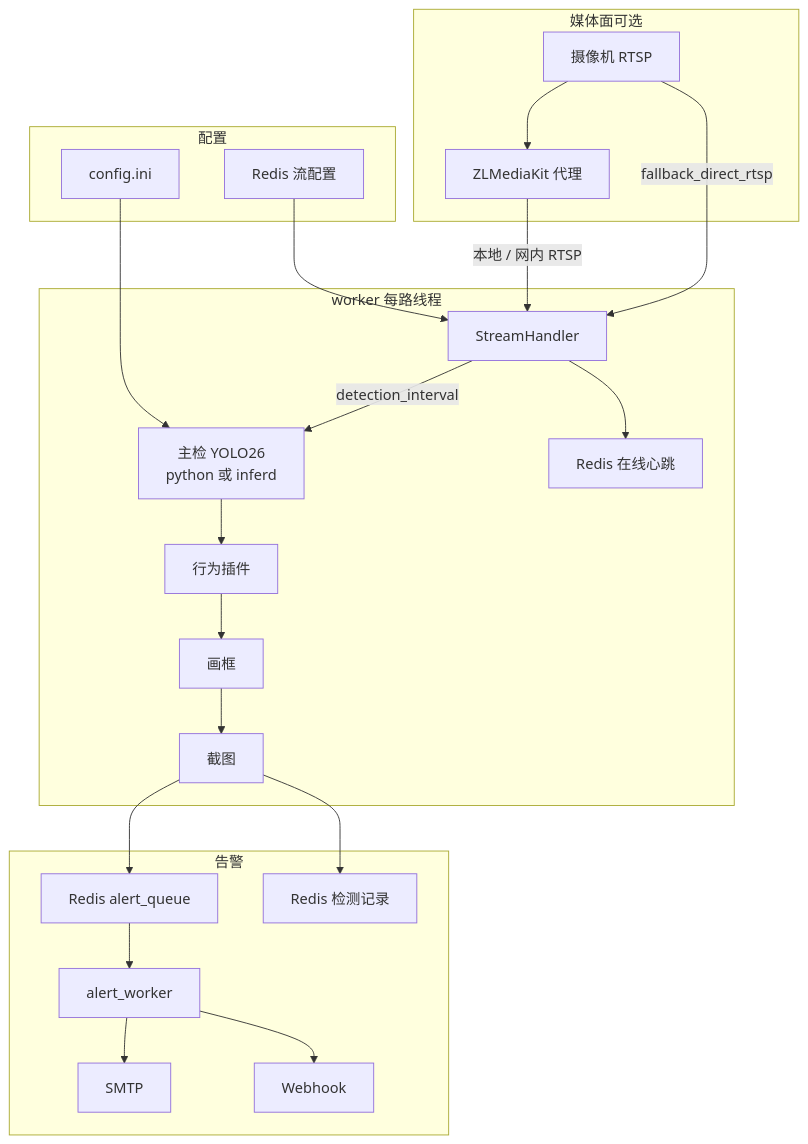
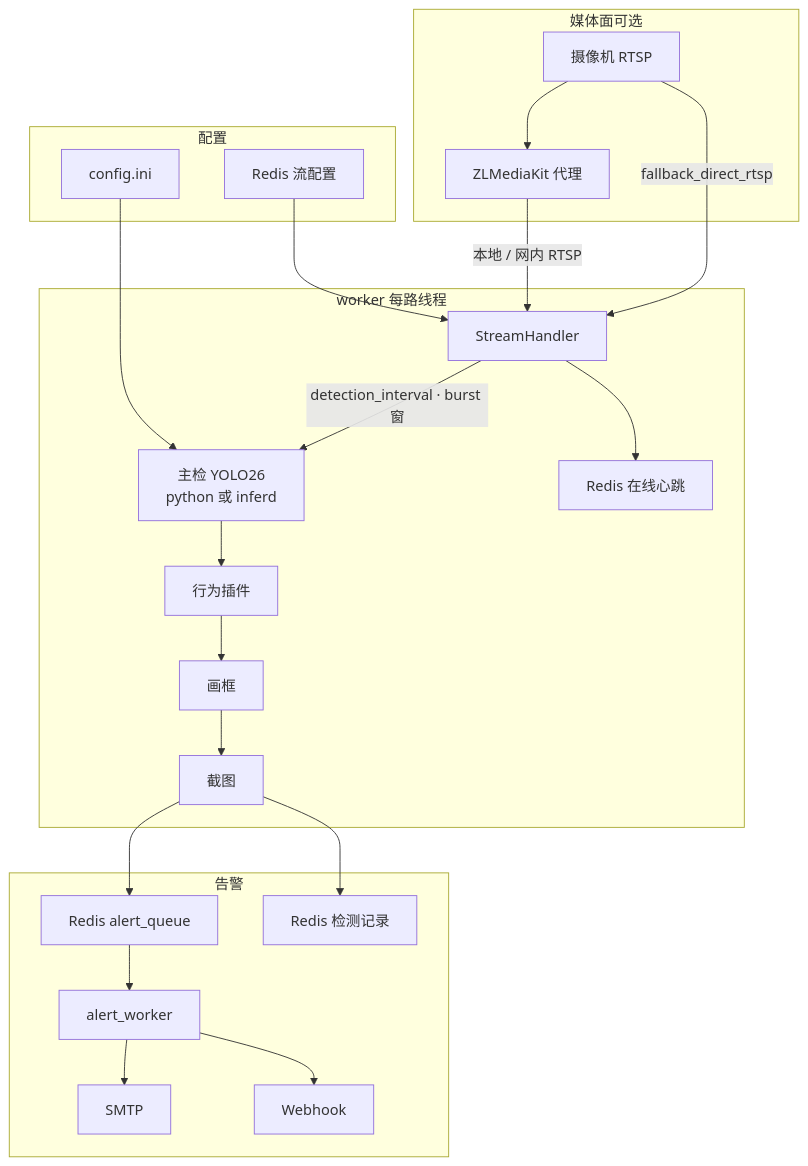
Before and after one commit to jiaxu-wang/JXVisionAI: the third of 5 diagrams in docs/architecture.md, drawn with Mermaid. The commit also changed other lines of this file and 9 other files, not shown here.

````diff
--- a/docs/architecture.md
+++ b/docs/architecture.md
@@ -179,38 +180,38 @@
 ```mermaid
 flowchart TB
   subgraph config [配置]
     Redis_cfg[Redis 流配置]
     Ini[config.ini]
   end
   subgraph media [媒体面可选]
     ZLM[ZLMediaKit 代理]
     Cam[摄像机 RTSP]
   end
   subgraph worker [worker 每路线程]
     SH[StreamHandler]
     Det[主检 YOLO26<br/>python 或 inferd]
     Beh[行为插件]
     Draw[画框]
     Snap[截图]
     Status[Redis 在线心跳]
   end
   subgraph alert [告警]
     Q[Redis alert_queue]
     AW[alert_worker]
     Rec[Redis 检测记录]
     Mail[SMTP]
     Hook[Webhook]
   end
   Redis_cfg --> SH
   Ini --> Det
   Cam --> ZLM
   ZLM -->|本地 / 网内 RTSP| SH
   Cam -->|fallback_direct_rtsp| SH
-  SH -->|detection_interval| Det
+  SH -->|detection_interval · burst 窗| Det
   Det --> Beh --> Draw --> Snap
   Snap --> Rec
   Snap --> Q --> AW
   AW --> Mail
   AW --> Hook
   SH --> Status
 ```
````
